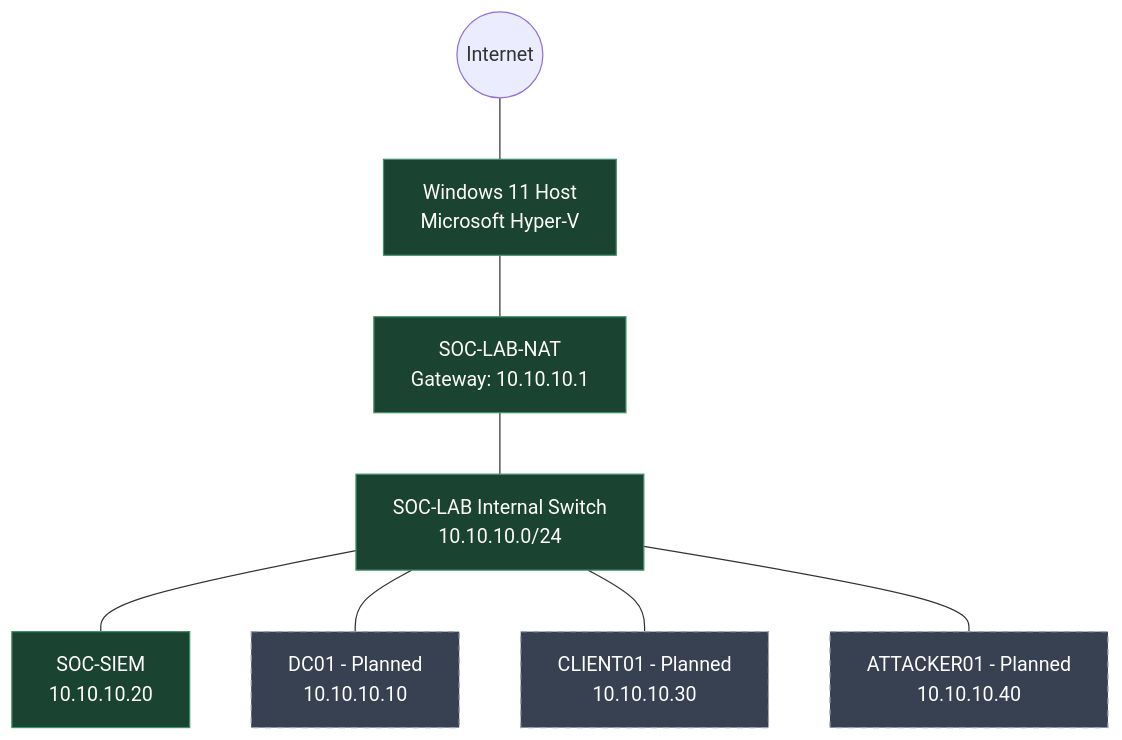
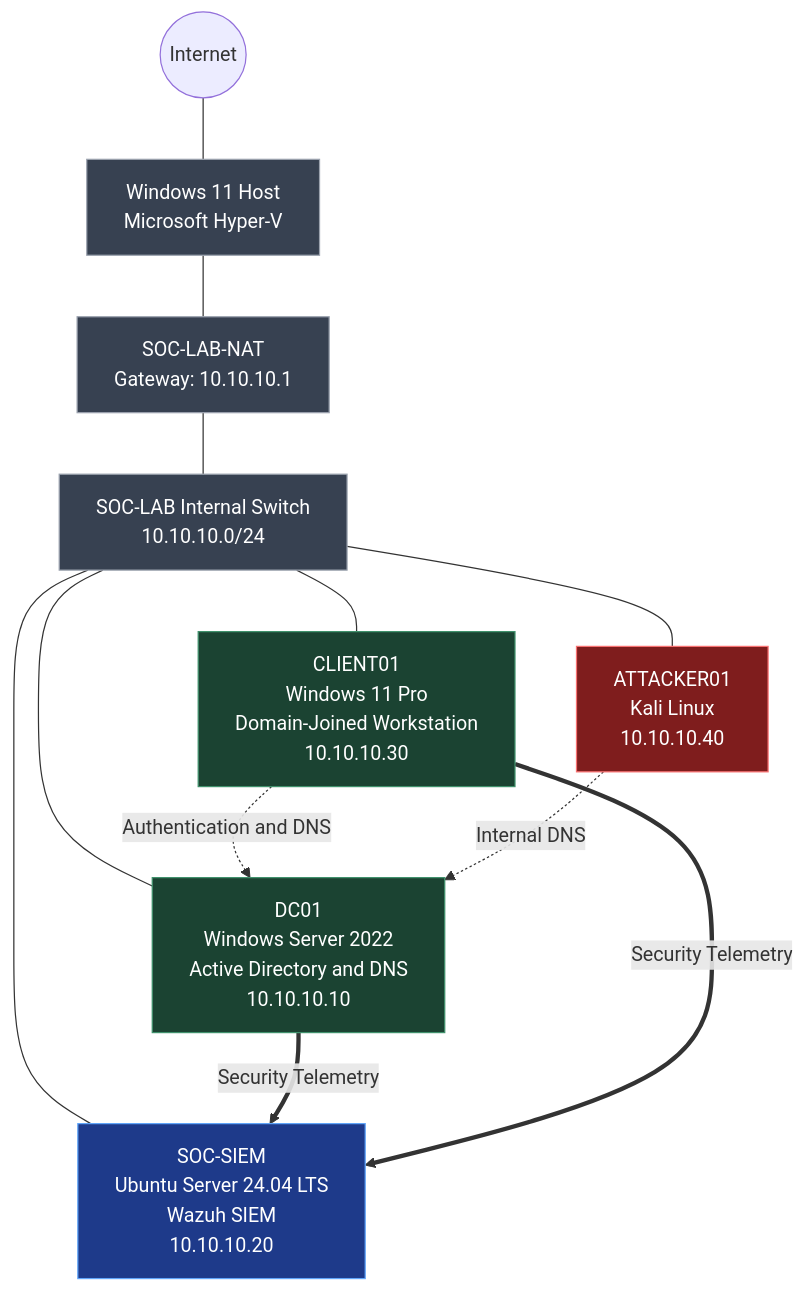
Before and after one commit to ImZeek/SOC-Homelab: the first of 3 diagrams in 01-Infrastructure/01-Network-Architecture.md, drawn with Mermaid. The commit also changed other lines of this file, not shown here.

First line of the commit message:
Update 01-Network-Architecture.md

````diff
--- a/01-Infrastructure/01-Network-Architecture.md
+++ b/01-Infrastructure/01-Network-Architecture.md
@@ -21,22 +28,35 @@
 ```mermaid
 flowchart TD
     INTERNET((Internet))
     HOST["Windows 11 Host<br/>Microsoft Hyper-V"]
     NAT["SOC-LAB-NAT<br/>Gateway: 10.10.10.1"]
     SWITCH["SOC-LAB Internal Switch<br/>10.10.10.0/24"]
 
     INTERNET --- HOST
     HOST --- NAT
     NAT --- SWITCH
 
-    SWITCH --- SIEM["SOC-SIEM<br/>10.10.10.20"]
-    SWITCH --- DC["DC01 - Planned<br/>10.10.10.10"]
-    SWITCH --- CLIENT["CLIENT01 - Planned<br/>10.10.10.30"]
-    SWITCH --- KALI["ATTACKER01 - Planned<br/>10.10.10.40"]
+    SWITCH --- SIEM["SOC-SIEM<br/>Ubuntu Server 24.04 LTS<br/>Wazuh SIEM<br/>10.10.10.20"]
 
-    classDef deployed fill:#1b4332,color:#ffffff,stroke:#40916c
-    classDef planned fill:#374151,color:#ffffff,stroke:#9ca3af,stroke-dasharray:5 5
+    SWITCH --- DC["DC01<br/>Windows Server 2022<br/>Active Directory and DNS<br/>10.10.10.10"]
 
-    class HOST,NAT,SWITCH,SIEM deployed
-    class DC,CLIENT,KALI planned
+    SWITCH --- CLIENT["CLIENT01<br/>Windows 11 Pro<br/>Domain-Joined Workstation<br/>10.10.10.30"]
+
+    SWITCH --- KALI["ATTACKER01<br/>Kali Linux<br/>10.10.10.40"]
+
+    CLIENT -.->|Authentication and DNS| DC
+    KALI -.->|Internal DNS| DC
+
+    DC ==>|Security Telemetry| SIEM
+    CLIENT ==>|Security Telemetry| SIEM
+
+    classDef infrastructure fill:#374151,color:#ffffff,stroke:#9ca3af
+    classDef operational fill:#1b4332,color:#ffffff,stroke:#40916c
+    classDef monitoring fill:#1e3a8a,color:#ffffff,stroke:#60a5fa
+    classDef attacker fill:#7f1d1d,color:#ffffff,stroke:#f87171
+
+    class HOST,NAT,SWITCH infrastructure
+    class DC,CLIENT operational
+    class SIEM monitoring
+    class KALI attacker
 ```
````
